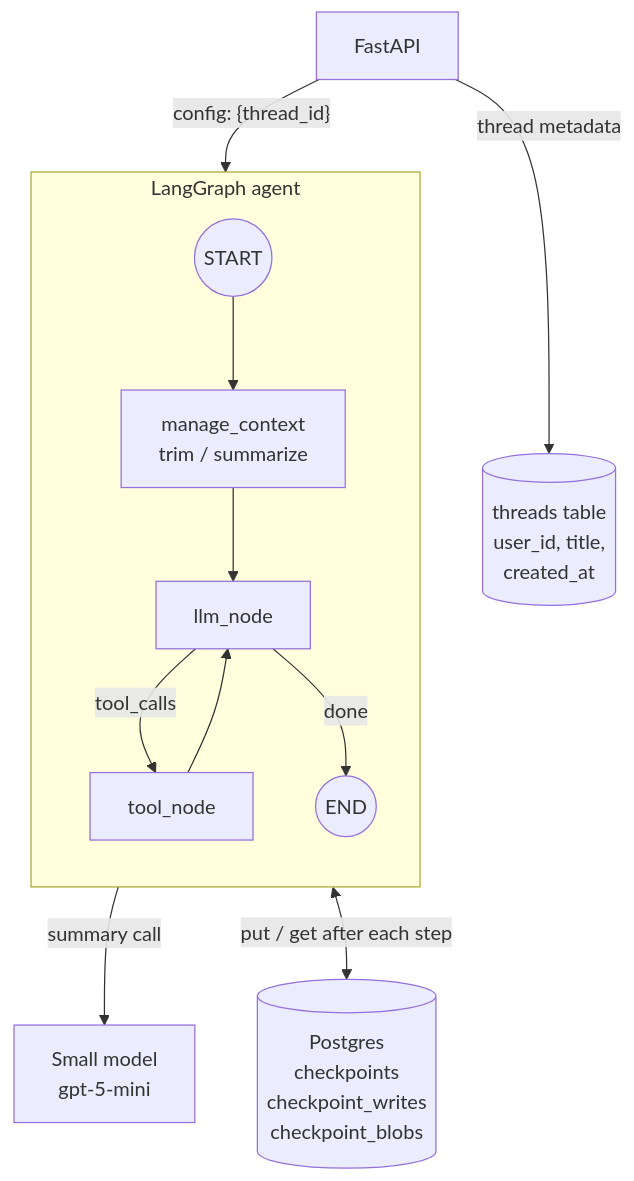
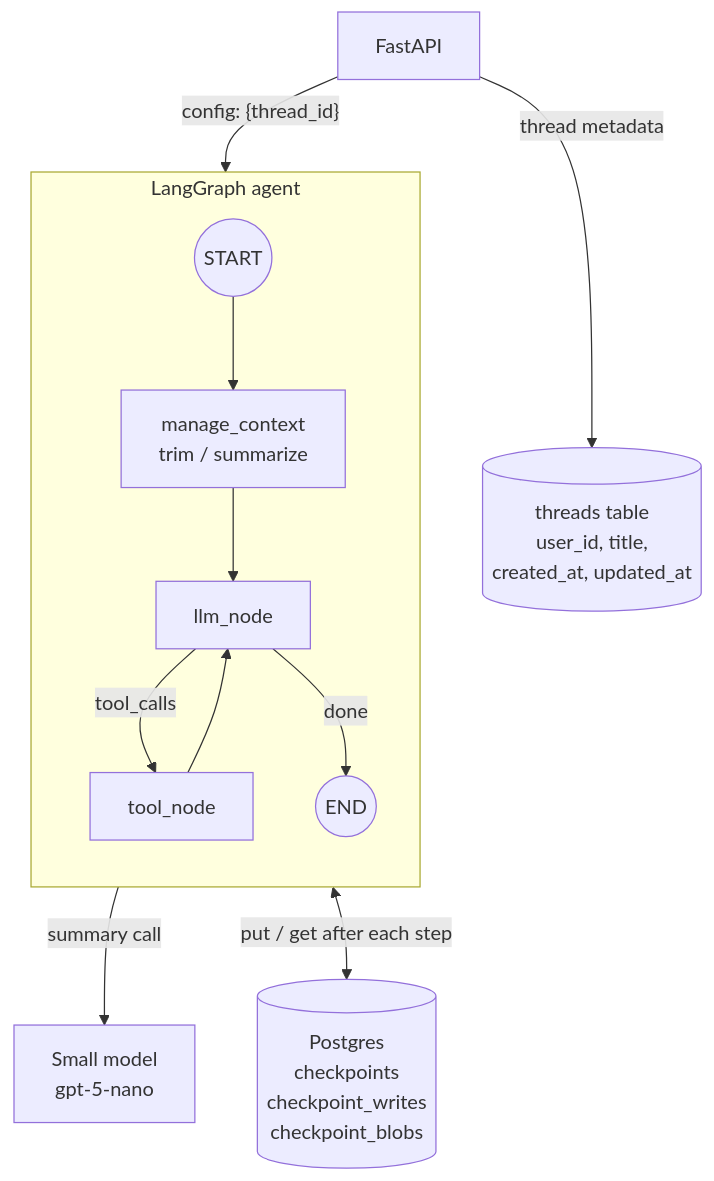
Before and after one commit to Anirudh1905/agentic-ai-chatbot: the first of 3 diagrams in docs/phase-3-short-term-memory-checkpointing.md, drawn with Mermaid. The commit also changed other lines of this file and 36 other files, not shown here.

````diff
--- a/docs/phase-3-short-term-memory-checkpointing.md
+++ b/docs/phase-3-short-term-memory-checkpointing.md
@@ -29,17 +29,17 @@
 ```mermaid
 flowchart TB
     API[FastAPI] -->|"config: {thread_id}"| Graph
 
     subgraph Graph["LangGraph agent"]
         direction TB
         START((START)) --> Trim[manage_context<br/>trim / summarize]
         Trim --> LLM[llm_node]
         LLM -->|tool_calls| Tools[tool_node]
         Tools --> LLM
         LLM -->|done| END((END))
     end
 
     Graph <-->|"put / get after each step"| CP[(Postgres<br/>checkpoints<br/>checkpoint_writes<br/>checkpoint_blobs)]
-    Trim -->|summary call| Small[Small model<br/>gpt-5-mini]
-    API -->|thread metadata| Threads[(threads table<br/>user_id, title,<br/>created_at)]
+    Trim -->|summary call| Small[Small model<br/>gpt-5-nano]
+    API -->|thread metadata| Threads[(threads table<br/>user_id, title,<br/>created_at, updated_at)]
 ```
````
